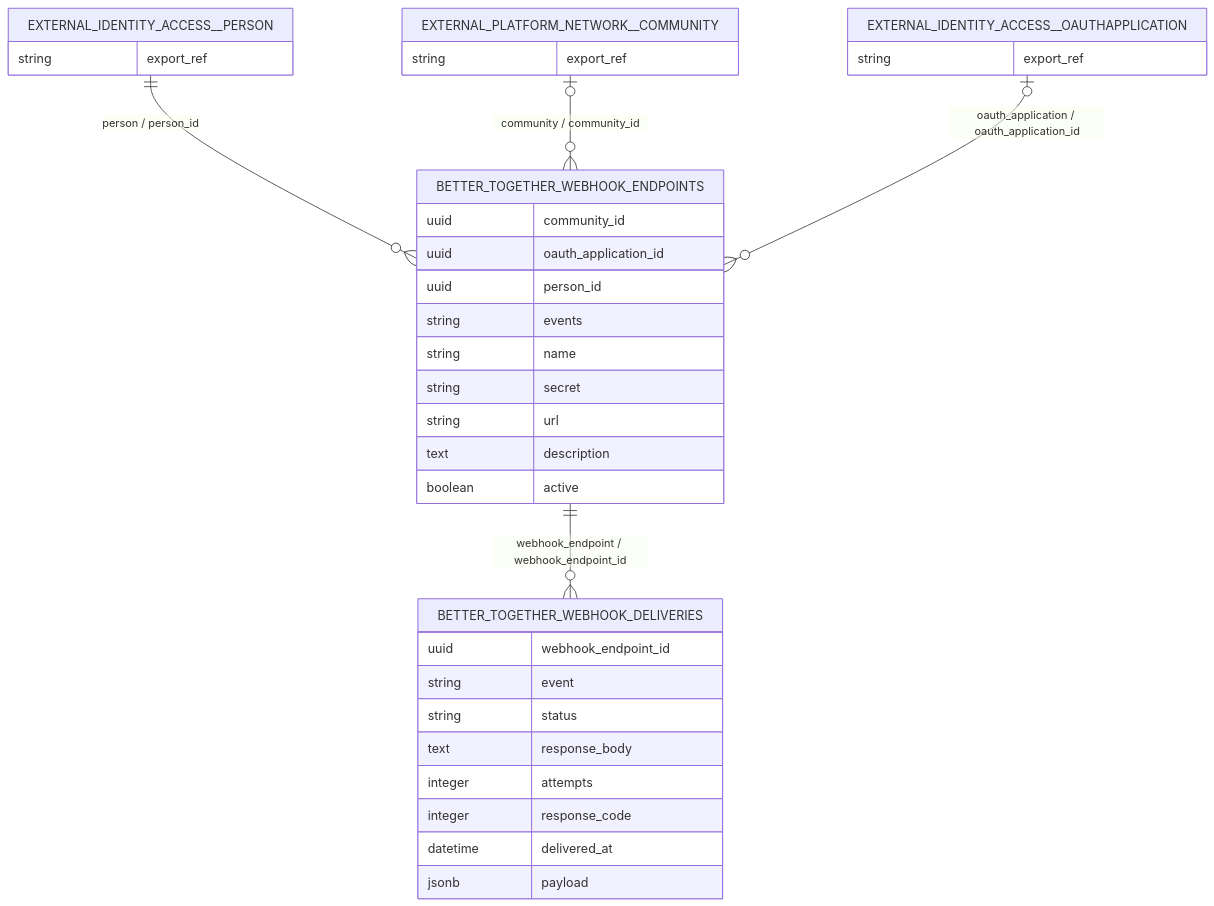
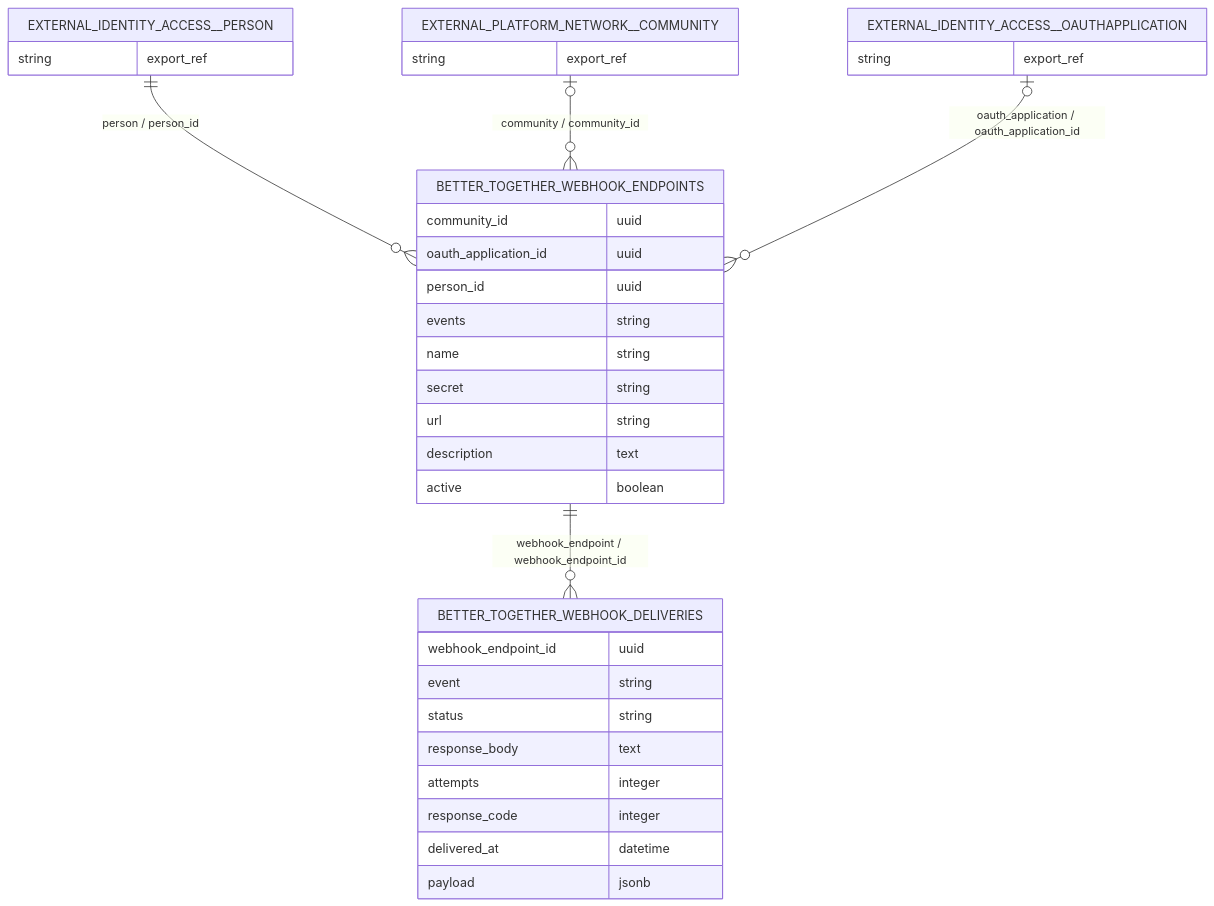
The diagram in docs/diagrams/source/ce_integrations_webhooks_schema_erd.mmd (better-together-org/community-engine-rails), drawn with Mermaid before and after one commit. The commit also changed 66 other files, not shown here.

Commit message:
docs(diagrams): simplify subsystem model maps

```diff
--- a/docs/diagrams/source/ce_integrations_webhooks_schema_erd.mmd
+++ b/docs/diagrams/source/ce_integrations_webhooks_schema_erd.mmd
@@ -1,41 +1,41 @@
 %% Generated by scripts/export_subsystem_diagrams.rb
 erDiagram
   BETTER_TOGETHER_WEBHOOK_ENDPOINTS ||--o{ BETTER_TOGETHER_WEBHOOK_DELIVERIES : "webhook_endpoint / webhook_endpoint_id"
   EXTERNAL_IDENTITY_ACCESS__PERSON ||--o{ BETTER_TOGETHER_WEBHOOK_ENDPOINTS : "person / person_id"
   EXTERNAL_PLATFORM_NETWORK__COMMUNITY o|--o{ BETTER_TOGETHER_WEBHOOK_ENDPOINTS : "community / community_id"
   EXTERNAL_IDENTITY_ACCESS__OAUTHAPPLICATION o|--o{ BETTER_TOGETHER_WEBHOOK_ENDPOINTS : "oauth_application / oauth_application_id"
 
   BETTER_TOGETHER_WEBHOOK_DELIVERIES {
-    uuid webhook_endpoint_id
-    string event
-    string status
-    text response_body
-    integer attempts
-    integer response_code
-    datetime delivered_at
-    jsonb payload
+    webhook_endpoint_id uuid
+    event string
+    status string
+    response_body text
+    attempts integer
+    response_code integer
+    delivered_at datetime
+    payload jsonb
   }
 
   BETTER_TOGETHER_WEBHOOK_ENDPOINTS {
-    uuid community_id
-    uuid oauth_application_id
-    uuid person_id
-    string events
-    string name
-    string secret
-    string url
-    text description
-    boolean active
+    community_id uuid
+    oauth_application_id uuid
+    person_id uuid
+    events string
+    name string
+    secret string
+    url string
+    description text
+    active boolean
   }
 
   EXTERNAL_IDENTITY_ACCESS__PERSON {
     string export_ref
   }
 
   EXTERNAL_PLATFORM_NETWORK__COMMUNITY {
     string export_ref
   }
 
   EXTERNAL_IDENTITY_ACCESS__OAUTHAPPLICATION {
     string export_ref
   }
```
